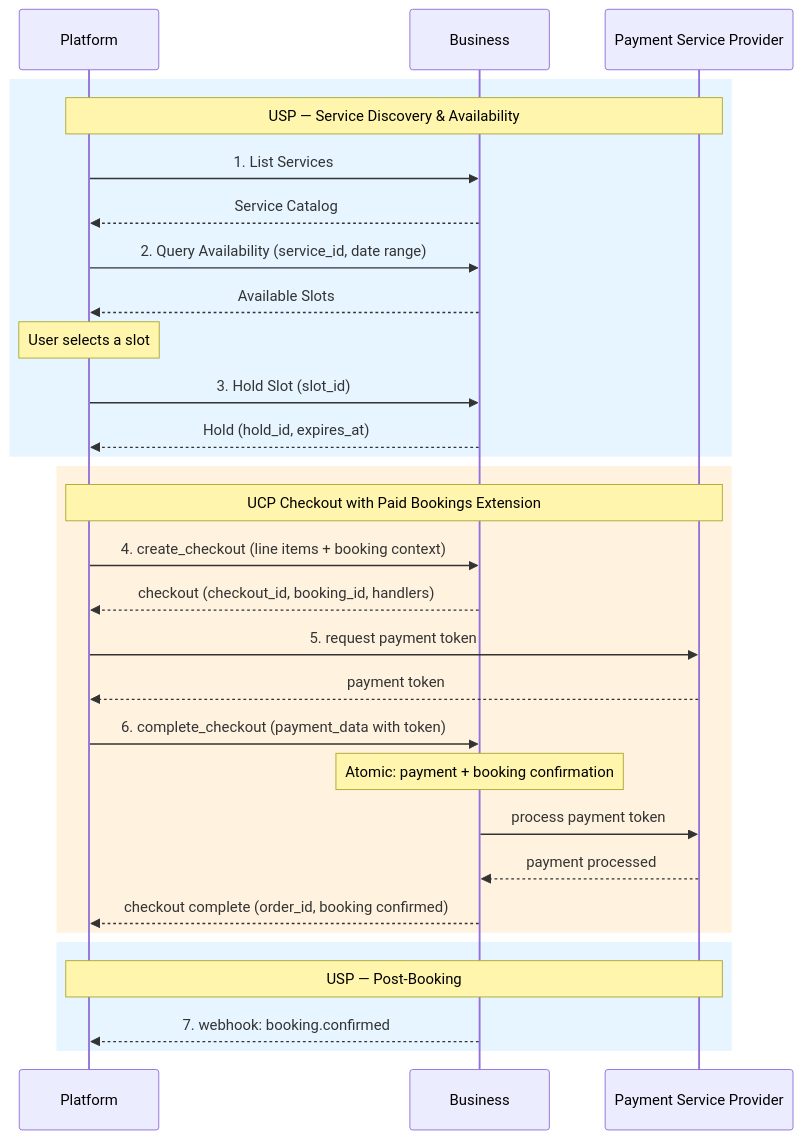
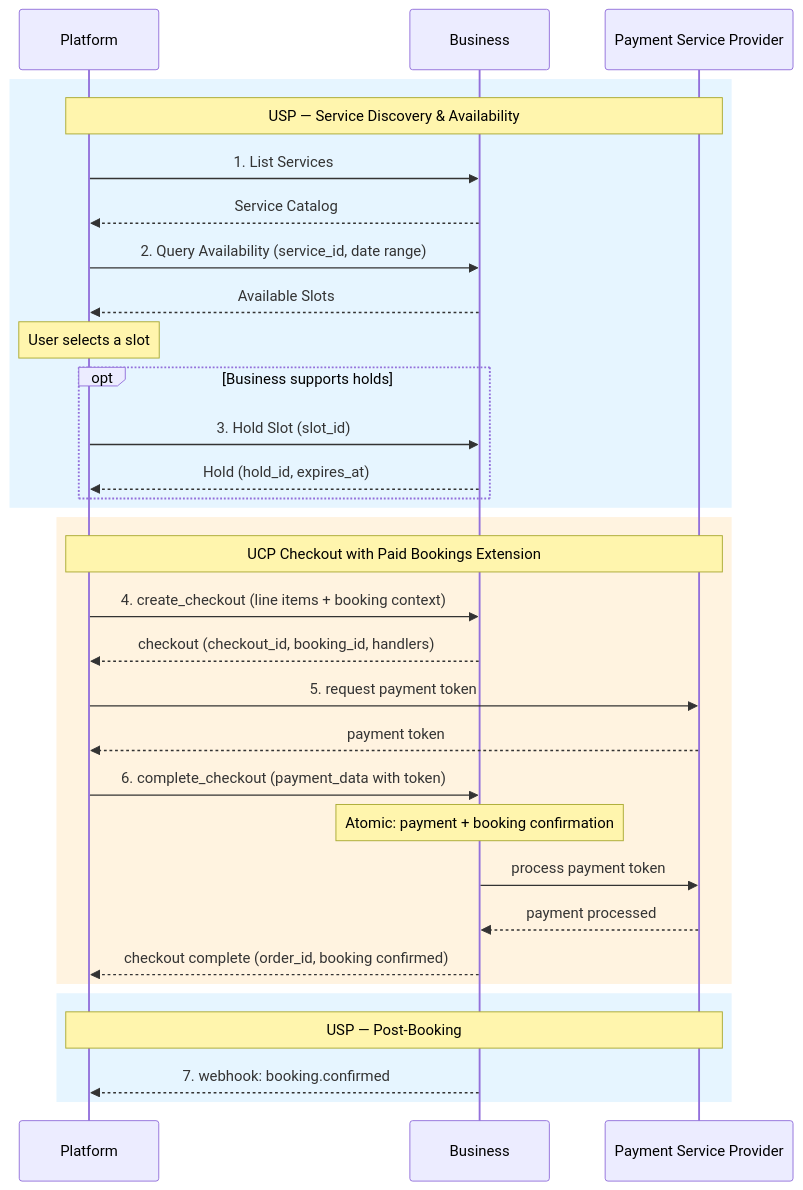
Before and after one commit to wix/universal-scheduling-protocol: the fifth of 9 diagrams in specification.md, drawn with Mermaid. The commit also changed other lines of this file and 4 other files, not shown here.

````diff
--- a/specification.md
+++ b/specification.md
@@ -1828,35 +1889,37 @@
 ```mermaid
 sequenceDiagram
     participant P as Platform
     participant B as Business
     participant PSP as Payment Service Provider
 
     rect rgb(230, 245, 255)
     Note over P,PSP: USP — Service Discovery & Availability
     P->>B: 1. List Services
     B-->>P: Service Catalog
     P->>B: 2. Query Availability (service_id, date range)
     B-->>P: Available Slots
     Note over P: User selects a slot
+    opt Business supports holds
     P->>B: 3. Hold Slot (slot_id)
     B-->>P: Hold (hold_id, expires_at)
+    end
     end
 
     rect rgb(255, 243, 224)
     Note over P,PSP: UCP Checkout with Paid Bookings Extension
     P->>B: 4. create_checkout (line items + booking context)
     B-->>P: checkout (checkout_id, booking_id, handlers)
     P->>PSP: 5. request payment token
     PSP-->>P: payment token
     P->>B: 6. complete_checkout (payment_data with token)
     Note over B: Atomic: payment + booking confirmation
     B->>PSP: process payment token
     PSP-->>B: payment processed
     B-->>P: checkout complete (order_id, booking confirmed)
     end
 
     rect rgb(230, 245, 255)
     Note over P,PSP: USP — Post-Booking
     B-->>P: 7. webhook: booking.confirmed
     end
 ```
````
